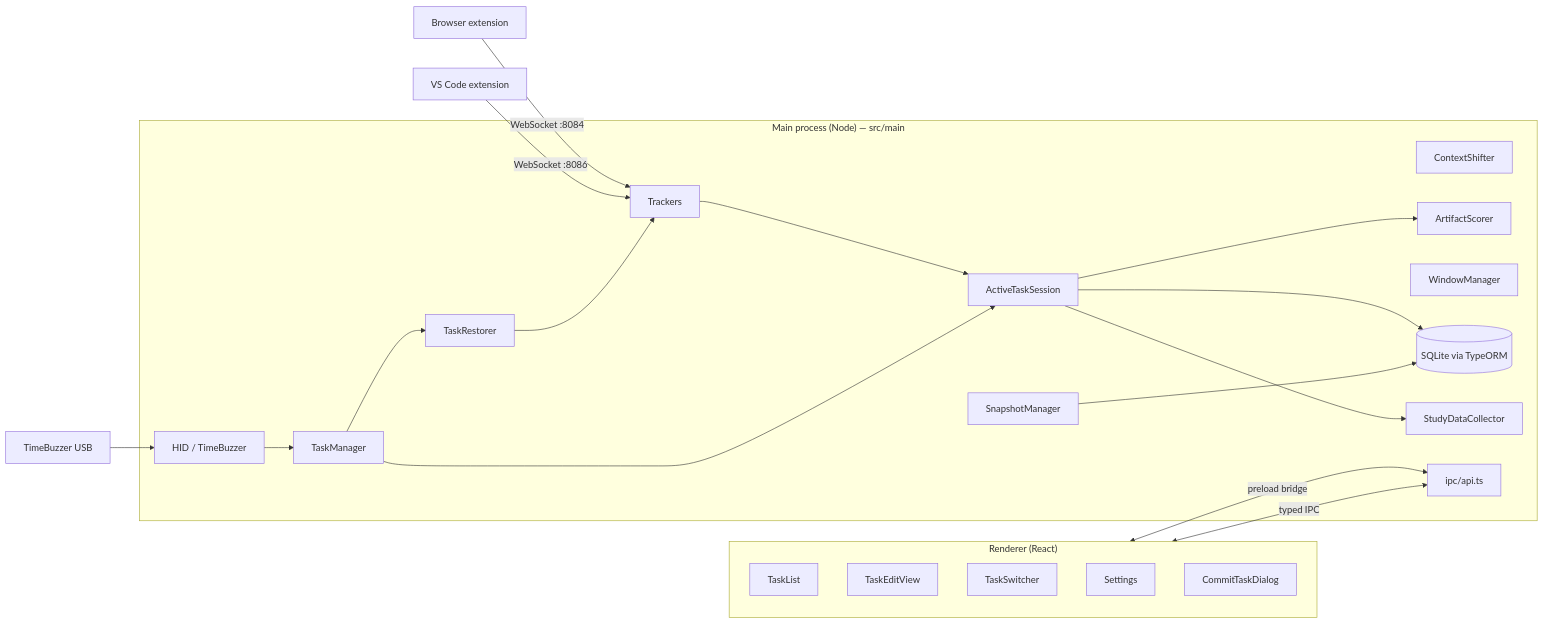
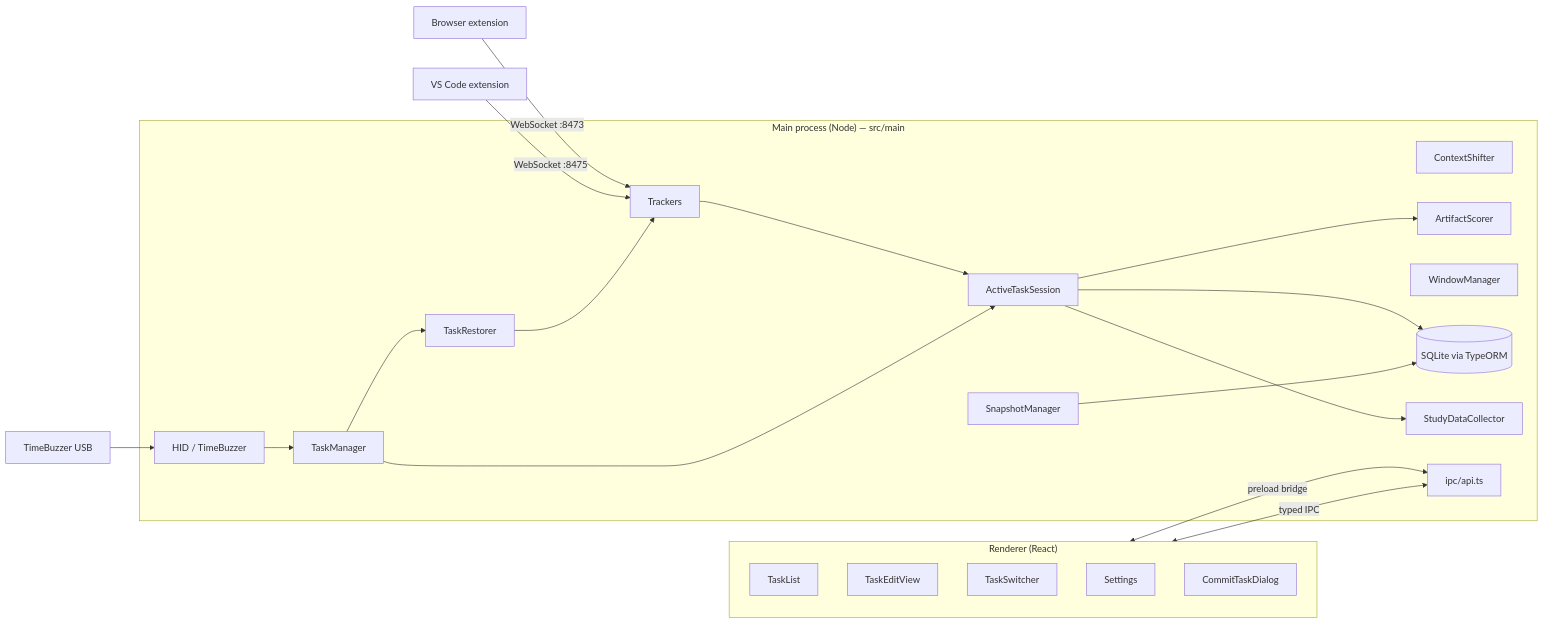
One commit to StalyTV/ContextShifter changed the diagram in architecture.md. Above: the diagram before and after it, drawn with Mermaid. The commit also changed other lines of this file and 2 other files, not shown here.

First line of the commit message:
Move extension WebSocket ports to a distinct uncommon pair

````diff
--- a/architecture.md
+++ b/architecture.md
@@ -49,41 +49,41 @@
 ```mermaid
 flowchart LR
     subgraph Main["Main process (Node) — src/main"]
       CS[ContextShifter]
       ATS[ActiveTaskSession]
       SC[ArtifactScorer]
       TM[TaskManager]
       TRrestore[TaskRestorer]
       SM[SnapshotManager]
       WM[WindowManager]
       DB[(SQLite via TypeORM)]
       TR[Trackers]
       HID[HID / TimeBuzzer]
       SDC[StudyDataCollector]
       IPC[ipc/api.ts]
     end
 
     subgraph Renderer["Renderer (React)"]
       TaskList
       TaskEditView
       TaskSwitcher
       Settings
       CommitDialog[CommitTaskDialog]
     end
 
-    Browser[Browser extension] -->|WebSocket :8084| TR
-    VSCode[VS Code extension] -->|WebSocket :8086| TR
+    Browser[Browser extension] -->|WebSocket :8473| TR
+    VSCode[VS Code extension] -->|WebSocket :8475| TR
     Dial[TimeBuzzer USB] --> HID
 
     TR --> ATS
     HID --> TM
     TM --> ATS
     TM --> TRrestore
     ATS --> SC
     ATS --> DB
     ATS --> SDC
     TRrestore --> TR
     SM --> DB
     IPC <-->|typed IPC| Renderer
     Renderer <-->|preload bridge| IPC
 ```
````
